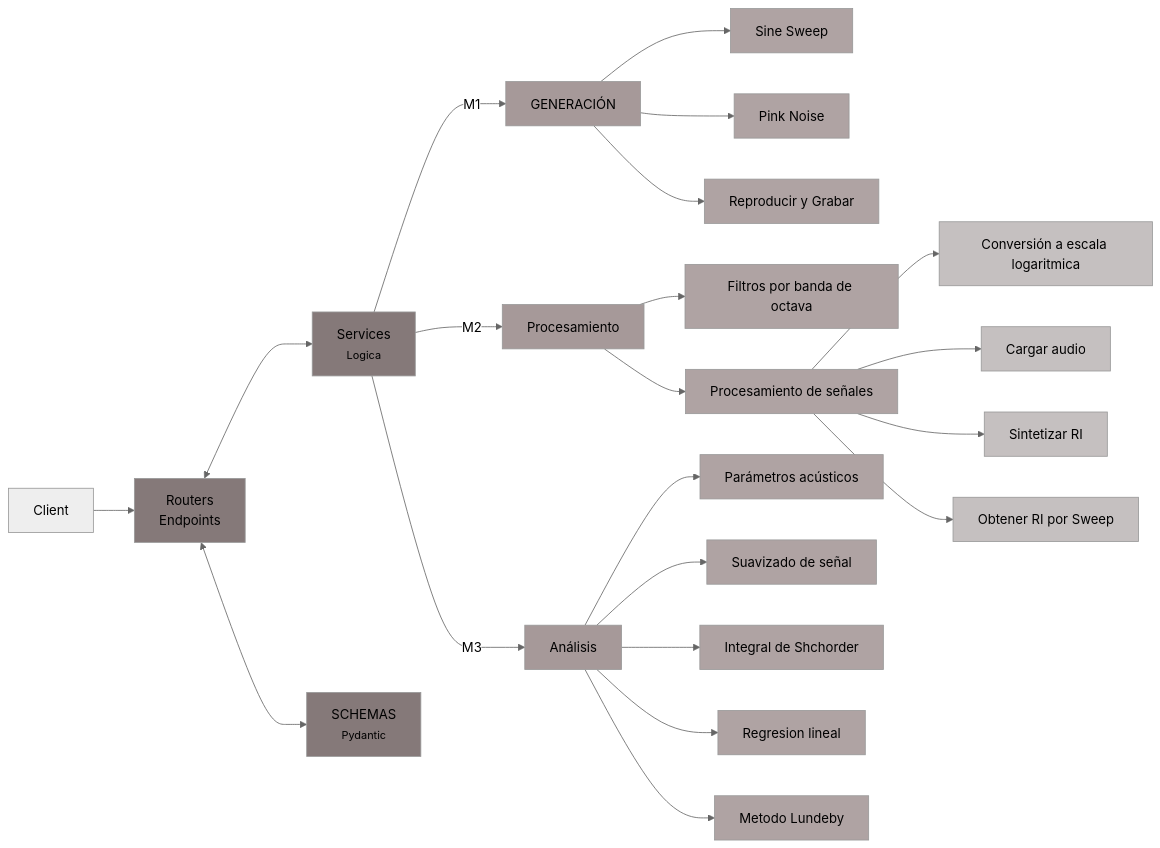
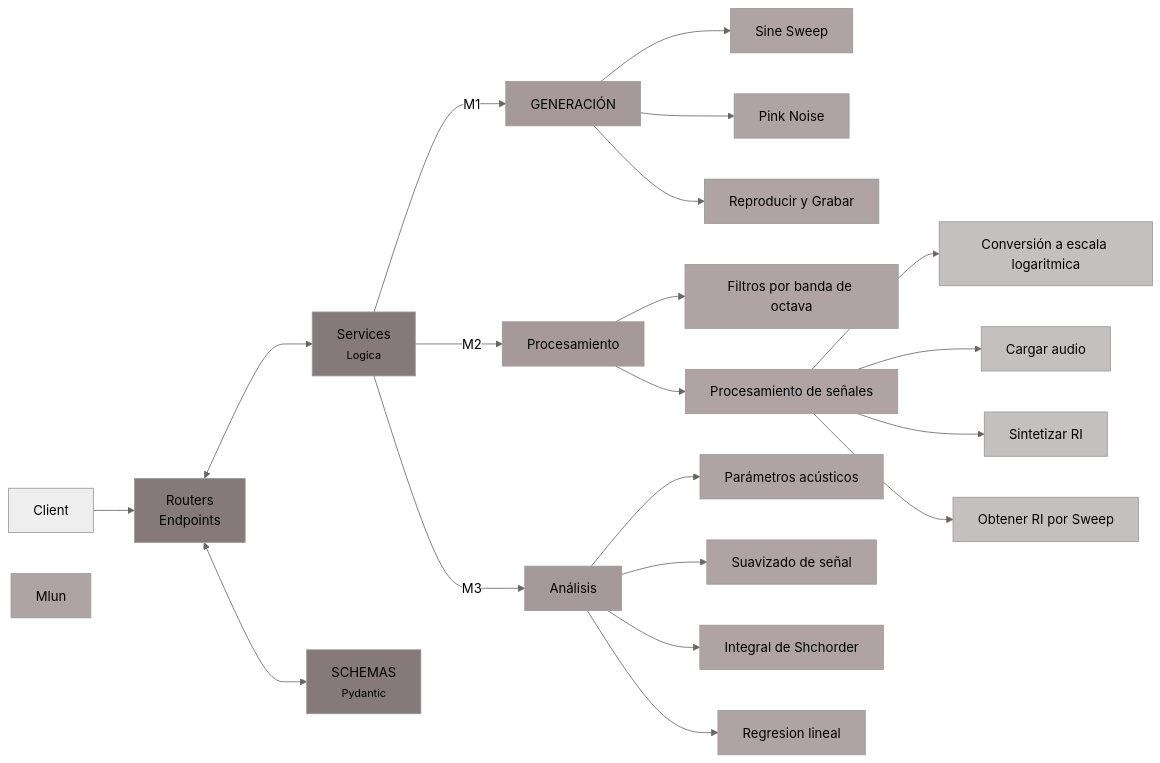
Before and after one commit to fedee01/trabajo-practico-ss: the diagram in README.md, drawn with Mermaid (neutral theme). The commit also changed other lines of this file, not shown here.

Commit message:
Update README with project details and structure

````diff
--- a/README.md
+++ b/README.md
@@ -71,38 +71,38 @@
 ```mermaid
 flowchart LR
  subgraph s1["Untitled subgraph"]
         S["Services<br><small>Logica</small>"]
   end
     Client["Client"] --> R["Routers<br>Endpoints"]
     R <--> S & Sch["SCHEMAS<br><small>Pydantic</small>"]
     S -- M1 --> Gen["GENERACIÓN"]
     Gen --> SS["Sine Sweep"] & PN["Pink Noise"] & Rec["Reproducir y Grabar"]
     S -- M2 --> Proc["Procesamiento"]
     Proc --> F["Filtros por banda de octava"] & PrS["Procesamiento de señales"]
     PrS --> Conv["Conversión a escala logaritmica"] & CaAu["Cargar audio"] & SRI["Sintetizar RI"] & ORIS["Obtener RI por Sweep"]
     S -- M3 --> An["Análisis"]
-    An --> Par["Parámetros acústicos"] & Sua["Suavizado de señal"] & InS["Integral de Shchorder"] & Reg["Regresion lineal"] & Mlun["Metodo Lundeby"]
+    An --> Par["Parámetros acústicos"] & Sua["Suavizado de señal"] & InS["Integral de Shchorder"] & Reg["Regresion lineal"]
 
     style S fill: #857979,color:#000000
     style R fill: #857979,color:#000000
     style Sch fill: #857979,color:#000000
     style Gen fill: #a69999,color:#000000
     style SS fill: #AFA3A3,color:#000000
     style PN fill: #AFA3A3,color:#000000
     style Rec fill: #AFA3A3,color:#000000
     style Proc fill: #a69999,color:#000000
     style F fill: #AFA3A3,color:#000000
     style PrS fill: #AFA3A3,color:#000000
     style Conv fill: #c5c0c0,color:#000000
     style CaAu fill: #c5c0c0,color:#000000
     style SRI fill: #c5c0c0,color:#000000
     style ORIS fill: #c5c0c0,color:#000000
     style An fill: #a69999,color:#000000
     style Par fill: #AFA3A3,color:#000000
     style Sua fill: #AFA3A3,color:#000000
     style InS fill: #AFA3A3,color:#000000
     style Reg fill: #AFA3A3,color:#000000
     style Mlun fill: #AFA3A3,color:#000000
     style s1 fill:transparent,stroke:transparent,color:transparent
 
 ```
````
